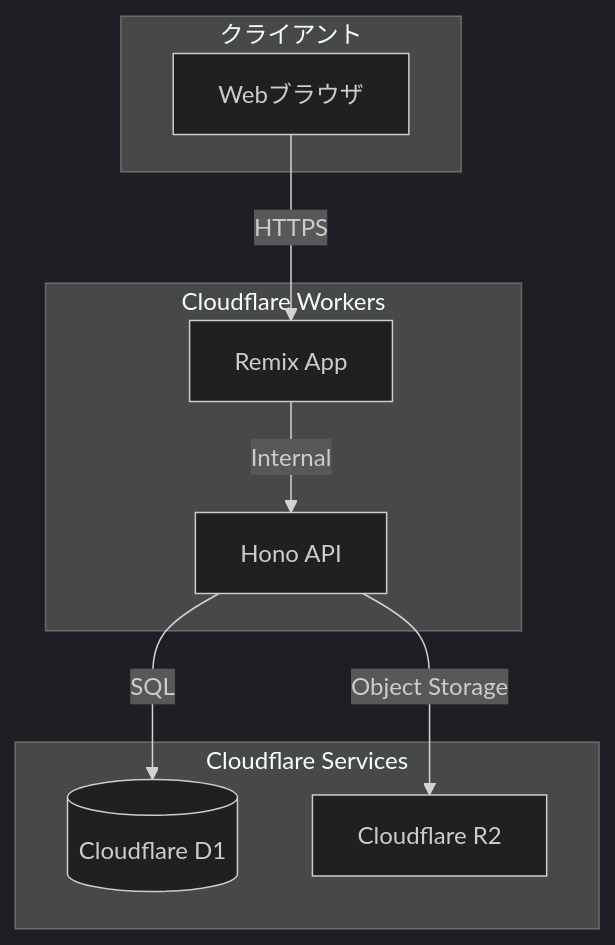
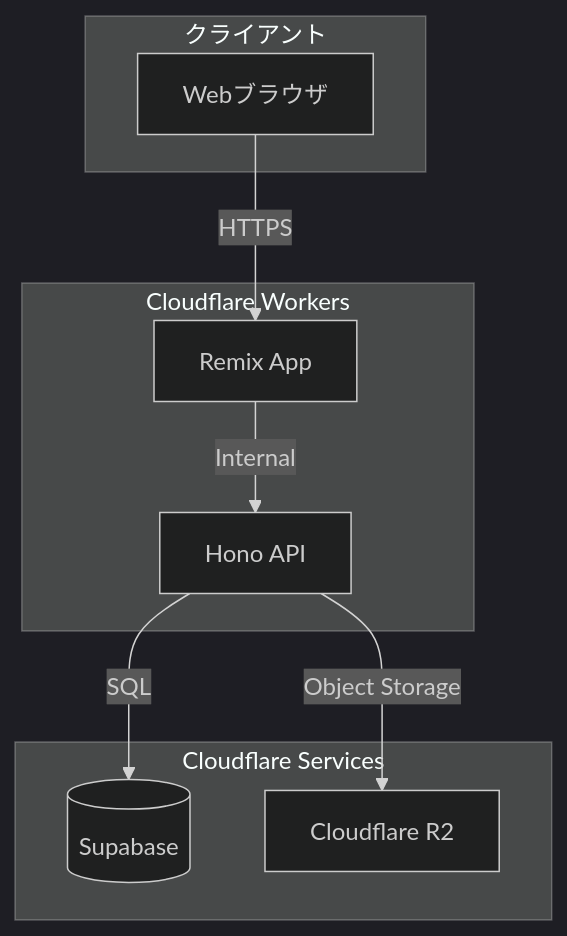
One commit to dykarohora/kizamu changed the diagram in 00_docs/01_system_architecture.md. Above: the diagram before and after it, drawn with Mermaid (dark theme). The commit also changed other lines of this file and 1 other file, not shown here.

First line of the commit message:
docs: Update system architecture and database design for Neon migration

````diff
--- a/00_docs/01_system_architecture.md
+++ b/00_docs/01_system_architecture.md
@@ -7,21 +7,21 @@
 ```mermaid
 graph TB
     subgraph "クライアント"
         Browser[Webブラウザ]
     end
 
     subgraph "Cloudflare Workers"
         Remix[Remix App]
         API[Hono API]
     end
 
     subgraph "Cloudflare Services"
-        D1[(Cloudflare D1)]
+        Supabase[(Supabase)]
         R2[Cloudflare R2]
     end
 
     Browser -->|HTTPS| Remix
     Remix -->|Internal| API
-    API -->|SQL| D1
+    API -->|SQL| Supabase
     API -->|Object Storage| R2
 ```
````
